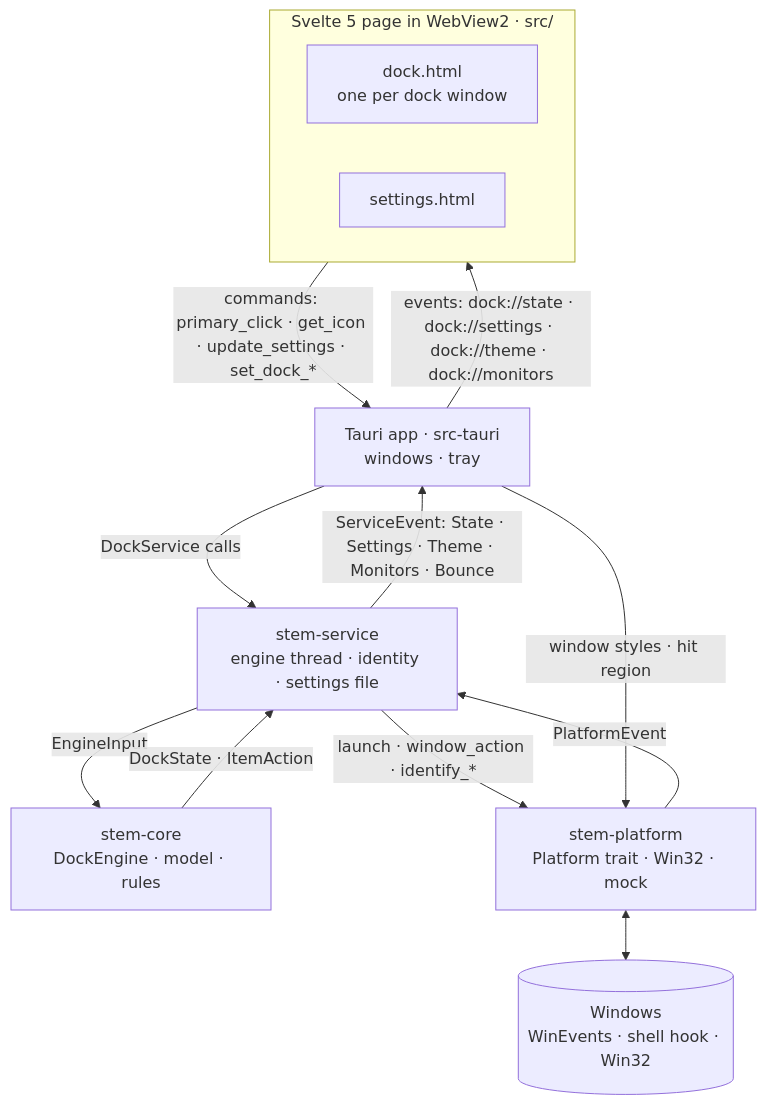
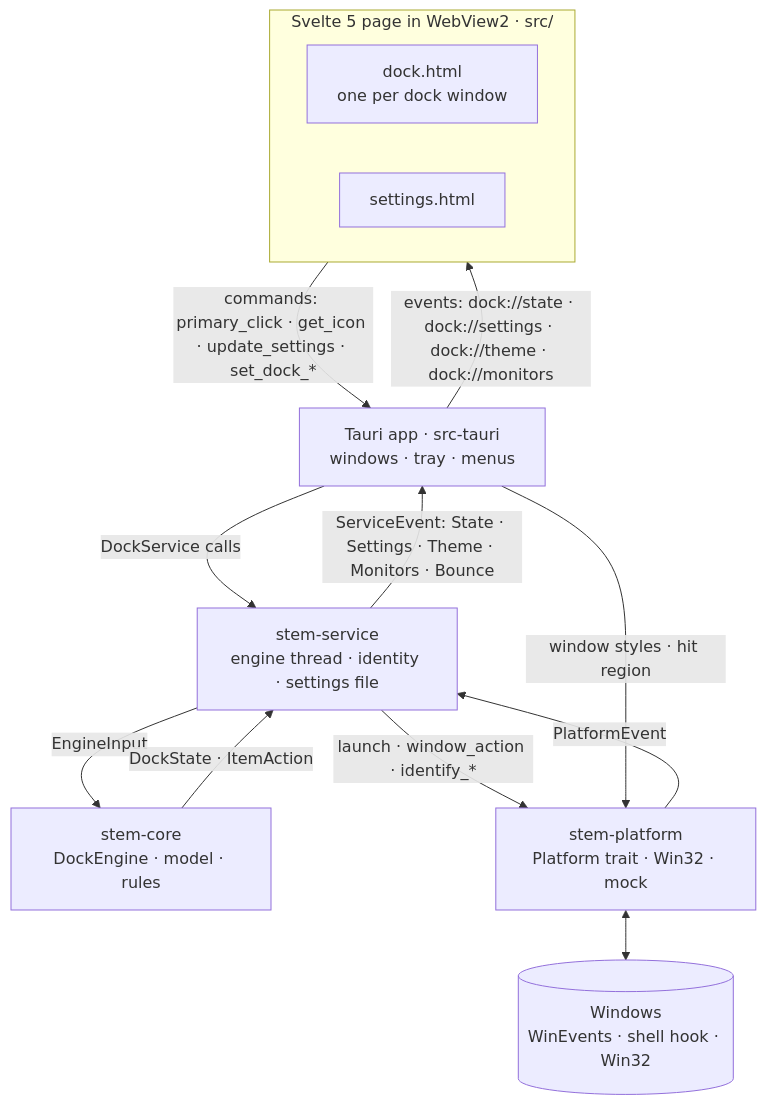
One commit to davidcristian/Cortex-Stem changed the diagram in README.md. Above: the diagram before and after it, drawn with Mermaid. The commit also changed other lines of this file and 5 other files, not shown here.

````diff
--- a/README.md
+++ b/README.md
@@ -34,23 +34,23 @@
 ```mermaid
 flowchart TB
     subgraph page["Svelte 5 page in WebView2 · src/"]
         DOCK["dock.html<br>one per dock window"]
         SET["settings.html"]
     end
-    APP["Tauri app · src-tauri<br>windows · tray"]
+    APP["Tauri app · src-tauri<br>windows · tray · menus"]
     SVC["stem-service<br>engine thread · identity · settings file"]
     CORE["stem-core<br>DockEngine · model · rules"]
     PLAT["stem-platform<br>Platform trait · Win32 · mock"]
     WIN[("Windows<br>WinEvents · shell hook · Win32")]
 
     page -->|"commands: primary_click · get_icon · update_settings · set_dock_*"| APP
     APP -->|"events: dock://state · dock://settings · dock://theme · dock://monitors"| page
     APP -->|"DockService calls"| SVC
     SVC -->|"ServiceEvent: State · Settings · Theme · Monitors · Bounce"| APP
     SVC -->|"EngineInput"| CORE
     CORE -->|"DockState · ItemAction"| SVC
     SVC -->|"launch · window_action · identify_*"| PLAT
     PLAT -->|"PlatformEvent"| SVC
     APP -->|"window styles · hit region"| PLAT
     PLAT <--> WIN
 ```
````
